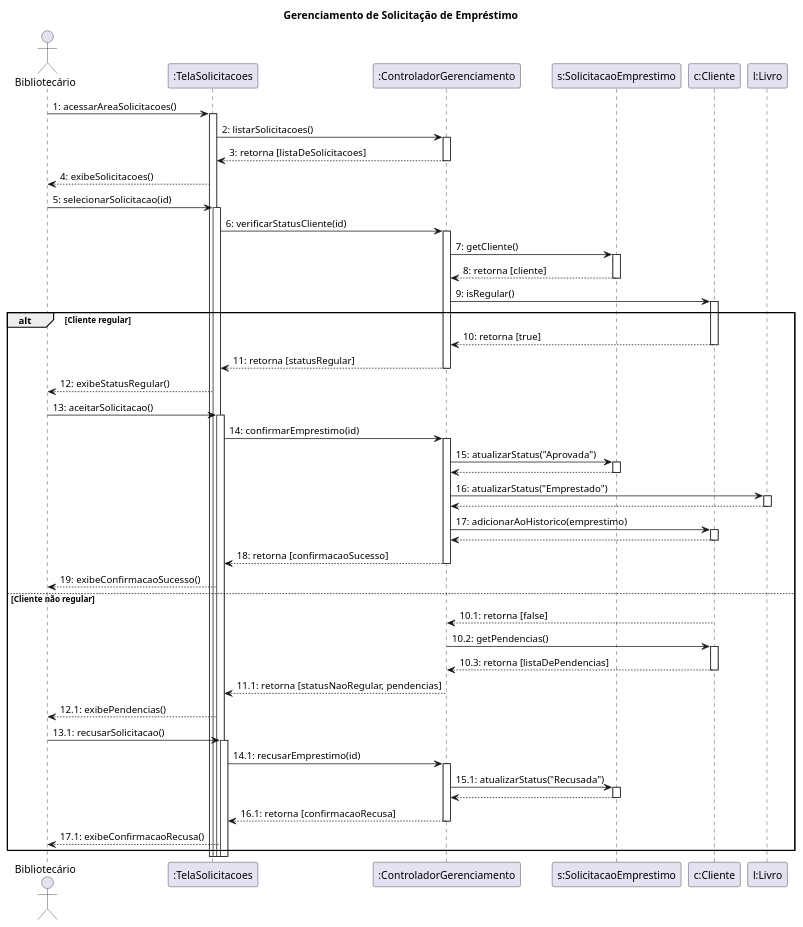
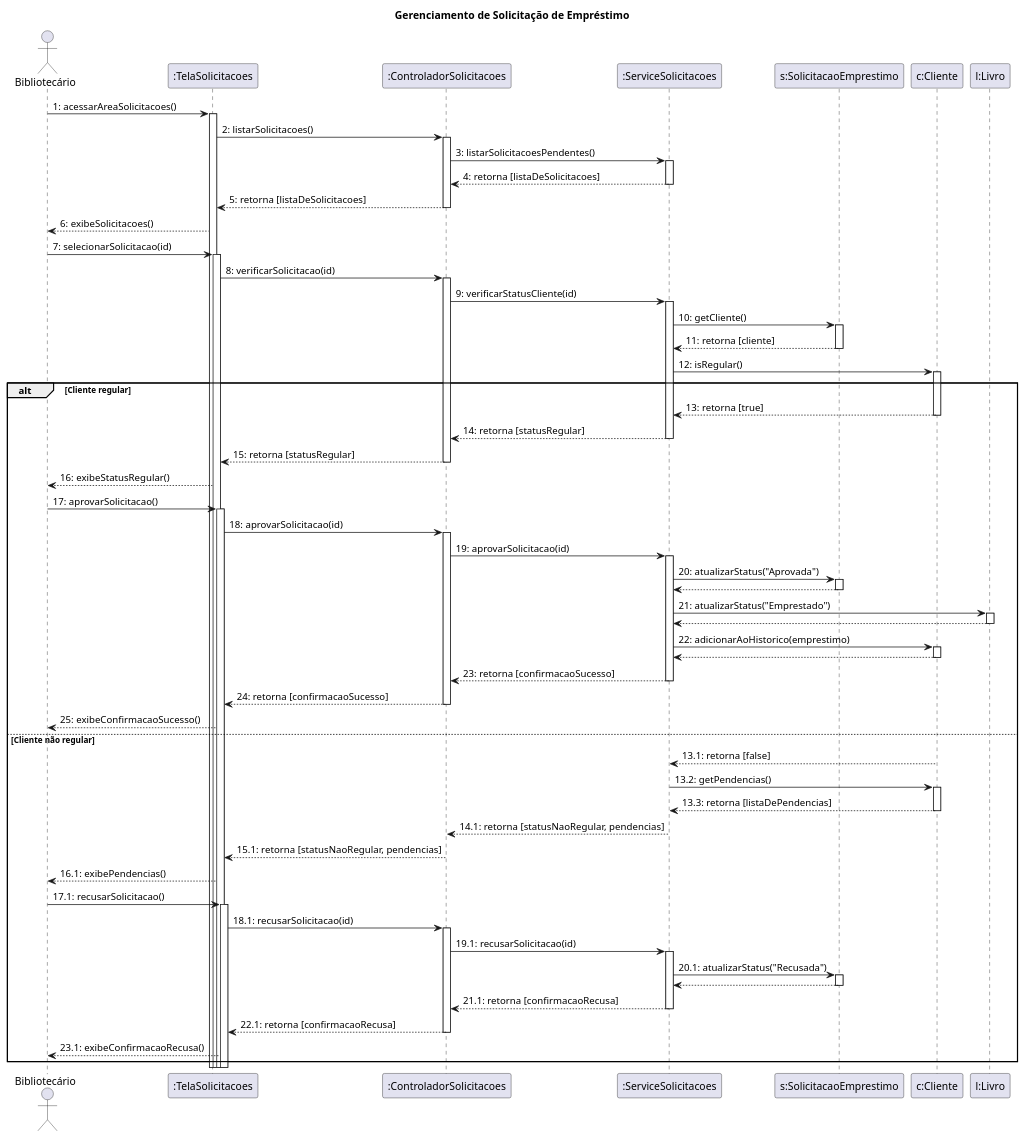
One commit to felipehidequel/aps-biblioteca changed the diagram in gerenciar_solicitacoes.iuml. Above: the diagram before and after it, drawn with PlantUML.

Commit message:
Docs: atualizado diagrama de sequencia gerenciar_solicitações

```diff
--- a/gerenciar_solicitacoes.iuml
+++ b/gerenciar_solicitacoes.iuml
@@ -1,58 +1,69 @@
 @startuml
 ' Definição de título e participantes
 title Gerenciamento de Solicitação de Empréstimo
 
 actor Bibliotecário
 participant ":TelaSolicitacoes" as Tela
-participant ":ControladorGerenciamento" as Controlador
+participant ":ControladorSolicitacoes" as Controlador
+participant ":ServiceSolicitacoes" as Service
 participant "s:SolicitacaoEmprestimo" as Solicitacao
 participant "c:Cliente" as Cliente
 participant "l:Livro" as Livro
 
 ' Início da sequência
 Bibliotecário -> Tela ++ : 1: acessarAreaSolicitacoes()
 Tela -> Controlador ++ : 2: listarSolicitacoes()
-Controlador --> Tela -- : 3: retorna [listaDeSolicitacoes]
-Tela --> Bibliotecário : 4: exibeSolicitacoes()
+Controlador -> Service ++ : 3: listarSolicitacoesPendentes()
+Service --> Controlador -- : 4: retorna [listaDeSolicitacoes]
+Controlador --> Tela -- : 5: retorna [listaDeSolicitacoes]
+Tela --> Bibliotecário : 6: exibeSolicitacoes()
 
-Bibliotecário -> Tela ++ : 5: selecionarSolicitacao(id)
-Tela -> Controlador ++ : 6: verificarStatusCliente(id)
-Controlador -> Solicitacao ++ : 7: getCliente()
-Solicitacao --> Controlador -- : 8: retorna [cliente]
-Controlador -> Cliente ++ : 9: isRegular()
+Bibliotecário -> Tela ++ : 7: selecionarSolicitacao(id)
+Tela -> Controlador ++ : 8: verificarSolicitacao(id)
+Controlador -> Service ++ : 9: verificarStatusCliente(id)
+Service -> Solicitacao ++ : 10: getCliente()
+Solicitacao --> Service -- : 11: retorna [cliente]
+Service -> Cliente ++ : 12: isRegular()
 
 ' Bloco de fluxo alternativo (alt/else)
 alt Cliente regular
-    Cliente --> Controlador -- : 10: retorna [true]
-    Controlador --> Tela -- : 11: retorna [statusRegular]
-    Tela --> Bibliotecário : 12: exibeStatusRegular()
+    Cliente --> Service -- : 13: retorna [true]
+    Service --> Controlador -- : 14: retorna [statusRegular]
+    Controlador --> Tela -- : 15: retorna [statusRegular]
+    Tela --> Bibliotecário : 16: exibeStatusRegular()
     
-    Bibliotecário -> Tela ++ : 13: aceitarSolicitacao()
-    Tela -> Controlador ++ : 14: confirmarEmprestimo(id)
+    Bibliotecário -> Tela ++ : 17: aprovarSolicitacao()
+    Tela -> Controlador ++ : 18: aprovarSolicitacao(id)
+    Controlador -> Service ++ : 19: aprovarSolicitacao(id)
     
-    Controlador -> Solicitacao ++ : 15: atualizarStatus("Aprovada")
-    Solicitacao --> Controlador --
-    Controlador -> Livro ++ : 16: atualizarStatus("Emprestado")
-    Livro --> Controlador --
-    Controlador -> Cliente ++ : 17: adicionarAoHistorico(emprestimo)
-    Cliente --> Controlador --
+    Service -> Solicitacao ++ : 20: atualizarStatus("Aprovada")
+    Solicitacao --> Service --
+    Service -> Livro ++ : 21: atualizarStatus("Emprestado")
+    Livro --> Service --
+    Service -> Cliente ++ : 22: adicionarAoHistorico(emprestimo)
+    Cliente --> Service --
 
-    Controlador --> Tela -- : 18: retorna [confirmacaoSucesso]
-    Tela --> Bibliotecário : 19: exibeConfirmacaoSucesso()
+    Service --> Controlador -- : 23: retorna [confirmacaoSucesso]
+    Controlador --> Tela -- : 24: retorna [confirmacaoSucesso]
+    Tela --> Bibliotecário : 25: exibeConfirmacaoSucesso()
 
 else Cliente não regular
-    Cliente --> Controlador -- : 10.1: retorna [false]
-    Controlador -> Cliente ++ : 10.2: getPendencias()
-    Cliente --> Controlador -- : 10.3: retorna [listaDePendencias]
-    Controlador --> Tela -- : 11.1: retorna [statusNaoRegular, pendencias]
-    Tela --> Bibliotecário : 12.1: exibePendencias()
+    Cliente --> Service -- : 13.1: retorna [false]
+    Service -> Cliente ++ : 13.2: getPendencias()
+    Cliente --> Service -- : 13.3: retorna [listaDePendencias]
+    Service --> Controlador -- : 14.1: retorna [statusNaoRegular, pendencias]
+    Controlador --> Tela -- : 15.1: retorna [statusNaoRegular, pendencias]
+    Tela --> Bibliotecário : 16.1: exibePendencias()
 
-    Bibliotecário -> Tela ++ : 13.1: recusarSolicitacao()
-    Tela -> Controlador ++ : 14.1: recusarEmprestimo(id)
-    Controlador -> Solicitacao ++ : 15.1: atualizarStatus("Recusada")
-    Solicitacao --> Controlador --
+    Bibliotecário -> Tela ++ : 17.1: recusarSolicitacao()
+    Tela -> Controlador ++ : 18.1: recusarSolicitacao(id)
+    Controlador -> Service ++ : 19.1: recusarSolicitacao(id)
+    Service -> Solicitacao ++ : 20.1: atualizarStatus("Recusada")
+    Solicitacao --> Service --
     
-    Controlador --> Tela -- : 16.1: retorna [confirmacaoRecusa]
-    Tela --> Bibliotecário : 17.1: exibeConfirmacaoRecusa()
+    Service --> Controlador -- : 21.1: retorna [confirmacaoRecusa]
+    Controlador --> Tela -- : 22.1: retorna [confirmacaoRecusa]
+    Tela --> Bibliotecário : 23.1: exibeConfirmacaoRecusa()
 end
+
 @enduml
```
